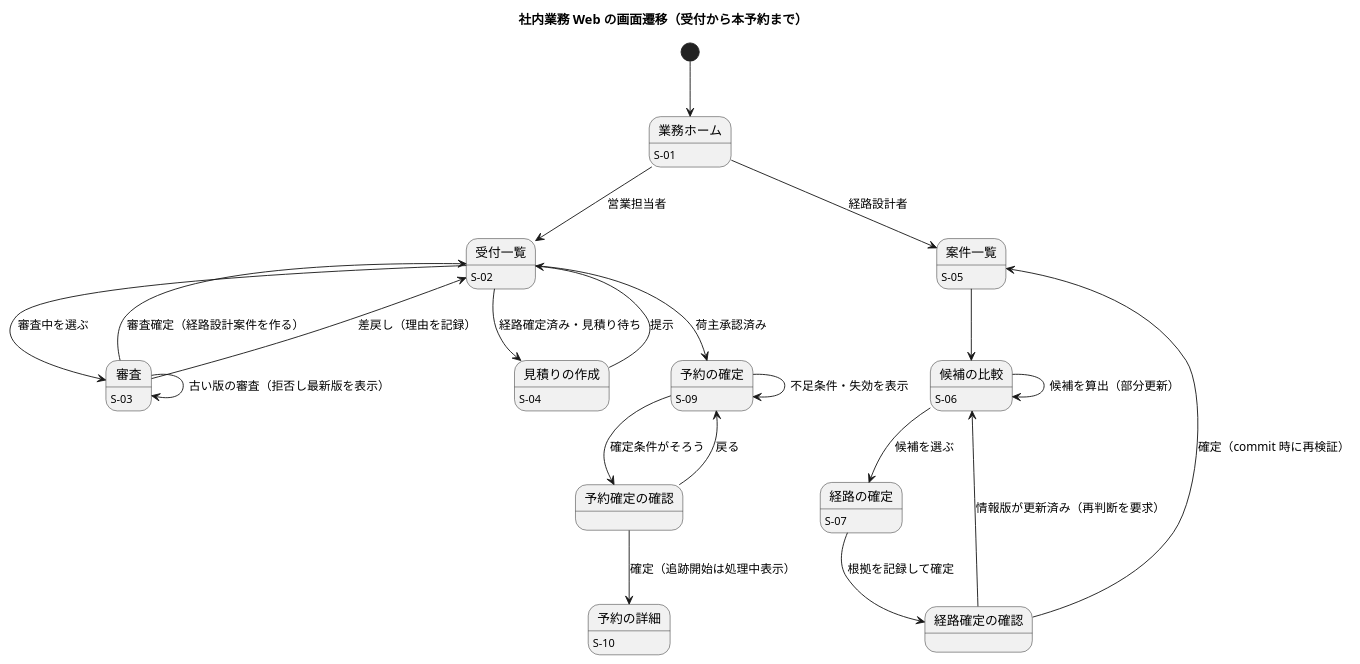
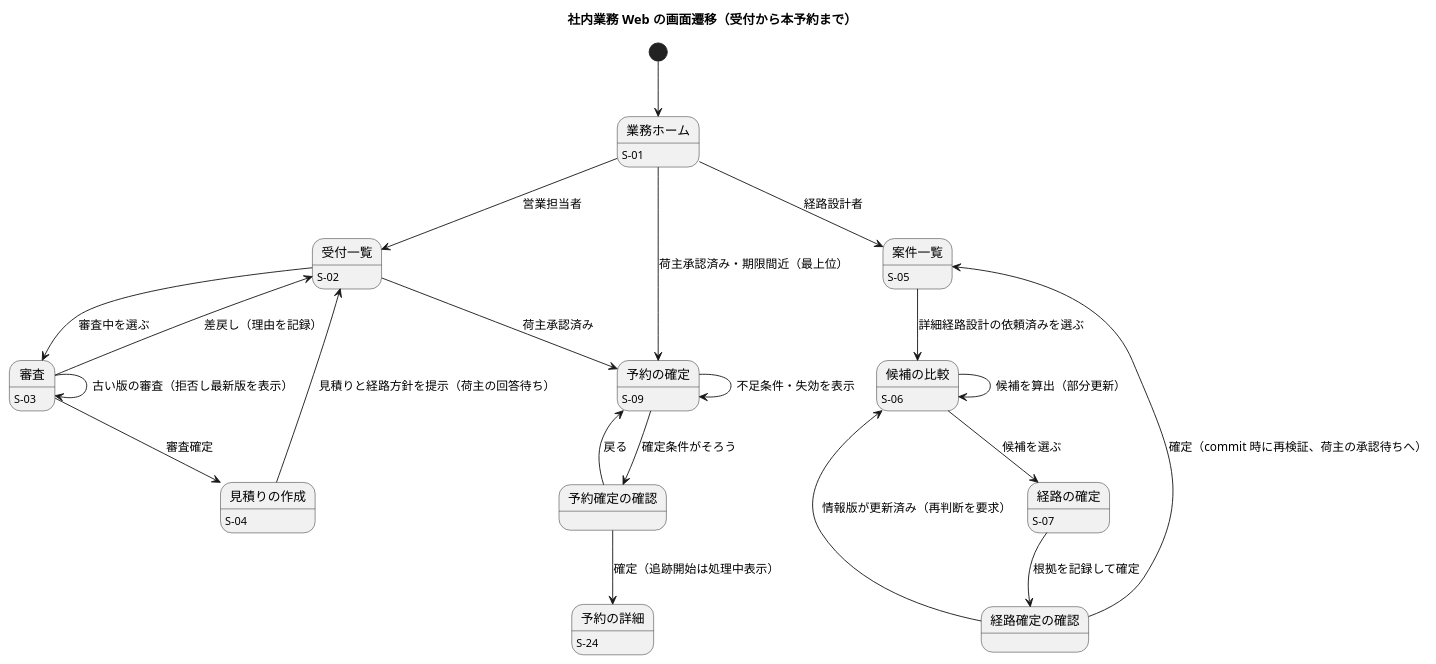
The fifth of 21 diagrams in docs/design/cargo-tracker/ui_design.md (k2works/practical-domain-driven-design-in-enterpris-application), drawn with PlantUML before and after one commit. The commit also changed other lines of this file and 25 other files, not shown here.

````diff
--- a/docs/design/cargo-tracker/ui_design.md
+++ b/docs/design/cargo-tracker/ui_design.md
@@ -206,35 +293,35 @@
 ```plantuml
 @startuml
 title 社内業務 Web の画面遷移（受付から本予約まで）
 [*] --> 業務ホーム
 業務ホーム : S-01
 受付一覧 : S-02
 審査 : S-03
 見積りの作成 : S-04
 案件一覧 : S-05
 候補の比較 : S-06
 経路の確定 : S-07
 予約の確定 : S-09
+予約の詳細 : S-24
 
 業務ホーム --> 受付一覧 : 営業担当者
 受付一覧 --> 審査 : 審査中を選ぶ
-審査 --> 受付一覧 : 審査確定（経路設計案件を作る）
 審査 --> 受付一覧 : 差戻し（理由を記録）
 審査 --> 審査 : 古い版の審査（拒否し最新版を表示）
+審査 --> 見積りの作成 : 審査確定
+見積りの作成 --> 受付一覧 : 見積りと経路方針を提示（荷主の回答待ち）
 業務ホーム --> 案件一覧 : 経路設計者
-案件一覧 --> 候補の比較
+案件一覧 --> 候補の比較 : 詳細経路設計の依頼済みを選ぶ
 候補の比較 --> 候補の比較 : 候補を算出（部分更新）
 候補の比較 --> 経路の確定 : 候補を選ぶ
 経路の確定 --> 経路確定の確認 : 根拠を記録して確定
-経路確定の確認 --> 案件一覧 : 確定（commit 時に再検証）
+経路確定の確認 --> 案件一覧 : 確定（commit 時に再検証、荷主の承認待ちへ）
 経路確定の確認 --> 候補の比較 : 情報版が更新済み（再判断を要求）
-受付一覧 --> 見積りの作成 : 経路確定済み・見積り待ち
-見積りの作成 --> 受付一覧 : 提示
+業務ホーム --> 予約の確定 : 荷主承認済み・期限間近（最上位）
 受付一覧 --> 予約の確定 : 荷主承認済み
 予約の確定 --> 予約確定の確認 : 確定条件がそろう
 予約確定の確認 --> 予約の詳細 : 確定（追跡開始は処理中表示）
 予約確定の確認 --> 予約の確定 : 戻る
-予約の詳細 : S-10
 予約の確定 --> 予約の確定 : 不足条件・失効を表示
 @enduml
 ```
````
